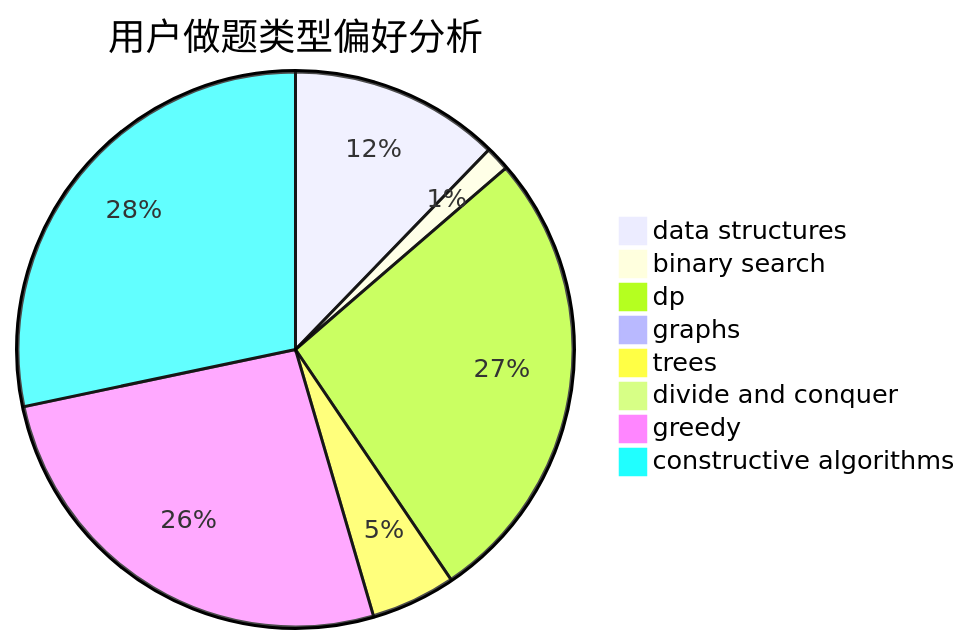
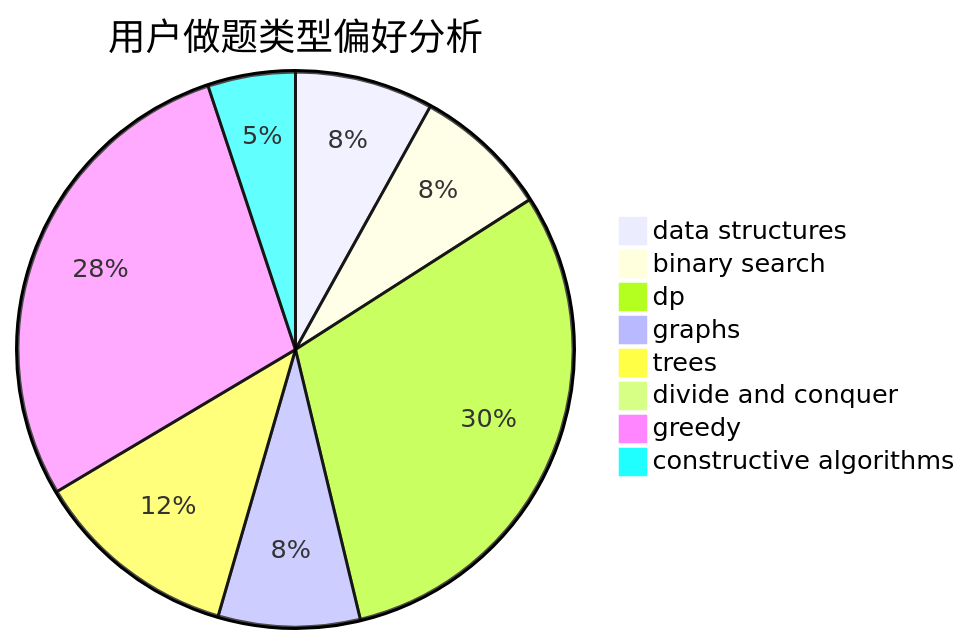
The second of 3 diagrams in docs/user/u1900.md (sherpahu/cfrs.github.io), drawn with Mermaid before and after one commit. The commit also changed other lines of this file and 2770 other files, not shown here.

````diff
--- a/docs/user/u1900.md
+++ b/docs/user/u1900.md
@@ -23,11 +23,11 @@
 ```mermaid
 pie title 用户做题类型偏好分析
-    "data structures" :  77
-    "binary search" :  9
-    "dp" :  169
-    "graphs" :  2
-    "trees" :  31
+    "data structures" :  87
+    "binary search" :  85
+    "dp" :  327
+    "graphs" :  89
+    "trees" :  129
     "divide and conquer" :  5
-    "greedy" :  165
-    "constructive algorithms" :  178
+    "greedy" :  307
+    "constructive algorithms" :  55
 ```
````
